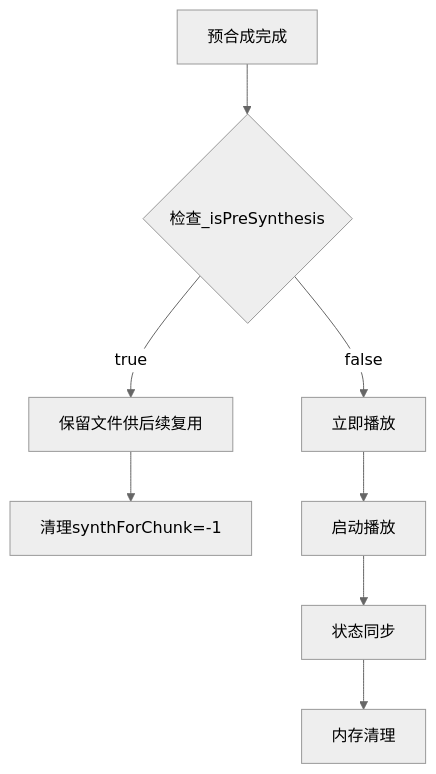
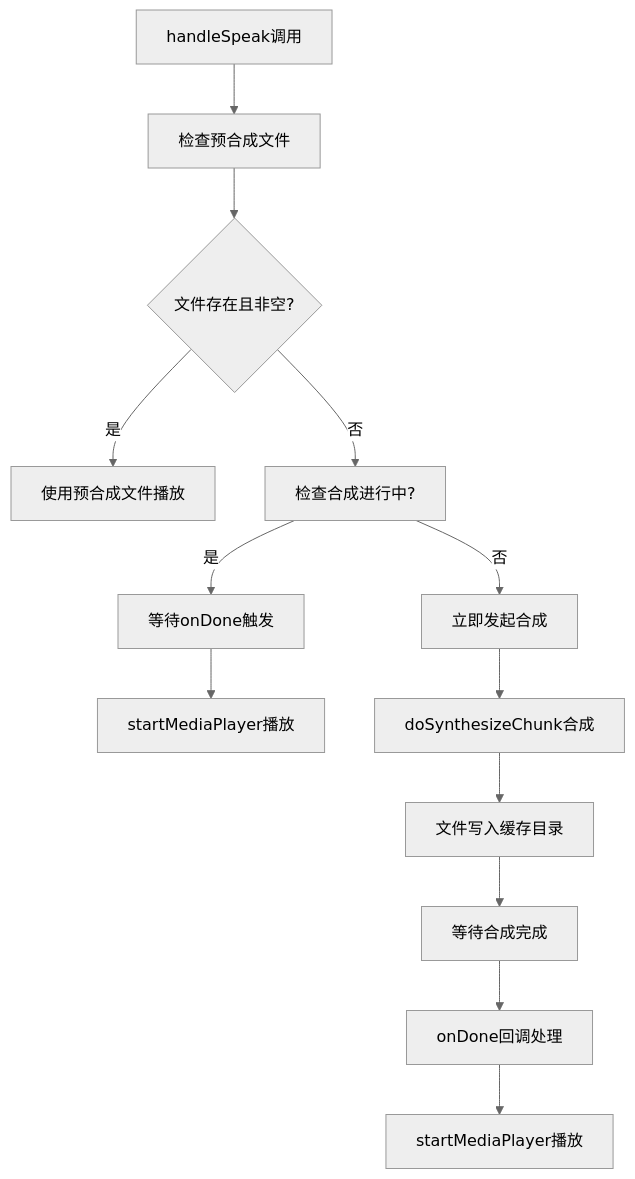
One commit to zhao-zg/cx changed the ninth of 13 diagrams in .qoder/repowiki/zh/content/移动应用开发/TTS静态实例管理系统.md. Above: the diagram before and after it, drawn with Mermaid (neutral theme). The commit also changed other lines of this file and 32 other files, not shown here.

````diff
--- a/.qoder/repowiki/zh/content/移动应用开发/TTS静态实例管理系统.md
+++ b/.qoder/repowiki/zh/content/移动应用开发/TTS静态实例管理系统.md
@@ -408,10 +506,15 @@
 ```mermaid
 flowchart TD
-A[预合成完成] --> B{检查_isPreSynthesis}
-B --> |true| C[保留文件供后续复用]
-B --> |false| D[立即播放]
-C --> E[清理synthForChunk=-1]
-D --> F[启动播放]
-F --> G[状态同步]
-G --> H[内存清理]
+A[handleSpeak调用] --> B[检查预合成文件]
+B --> C{文件存在且非空?}
+C --> |是| D[使用预合成文件播放]
+C --> |否| E[检查合成进行中?]
+E --> |是| F[等待onDone触发]
+E --> |否| G[立即发起合成]
+F --> H[startMediaPlayer播放]
+G --> I[doSynthesizeChunk合成]
+I --> J[文件写入缓存目录]
+J --> K[等待合成完成]
+K --> L[onDone回调处理]
+L --> M[startMediaPlayer播放]
 ```
````
